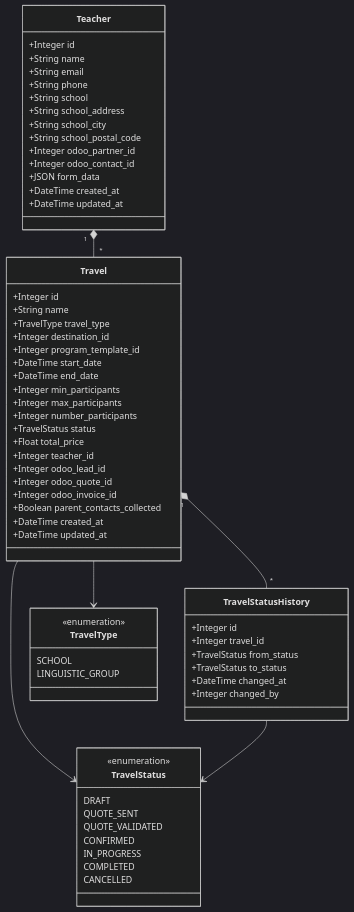
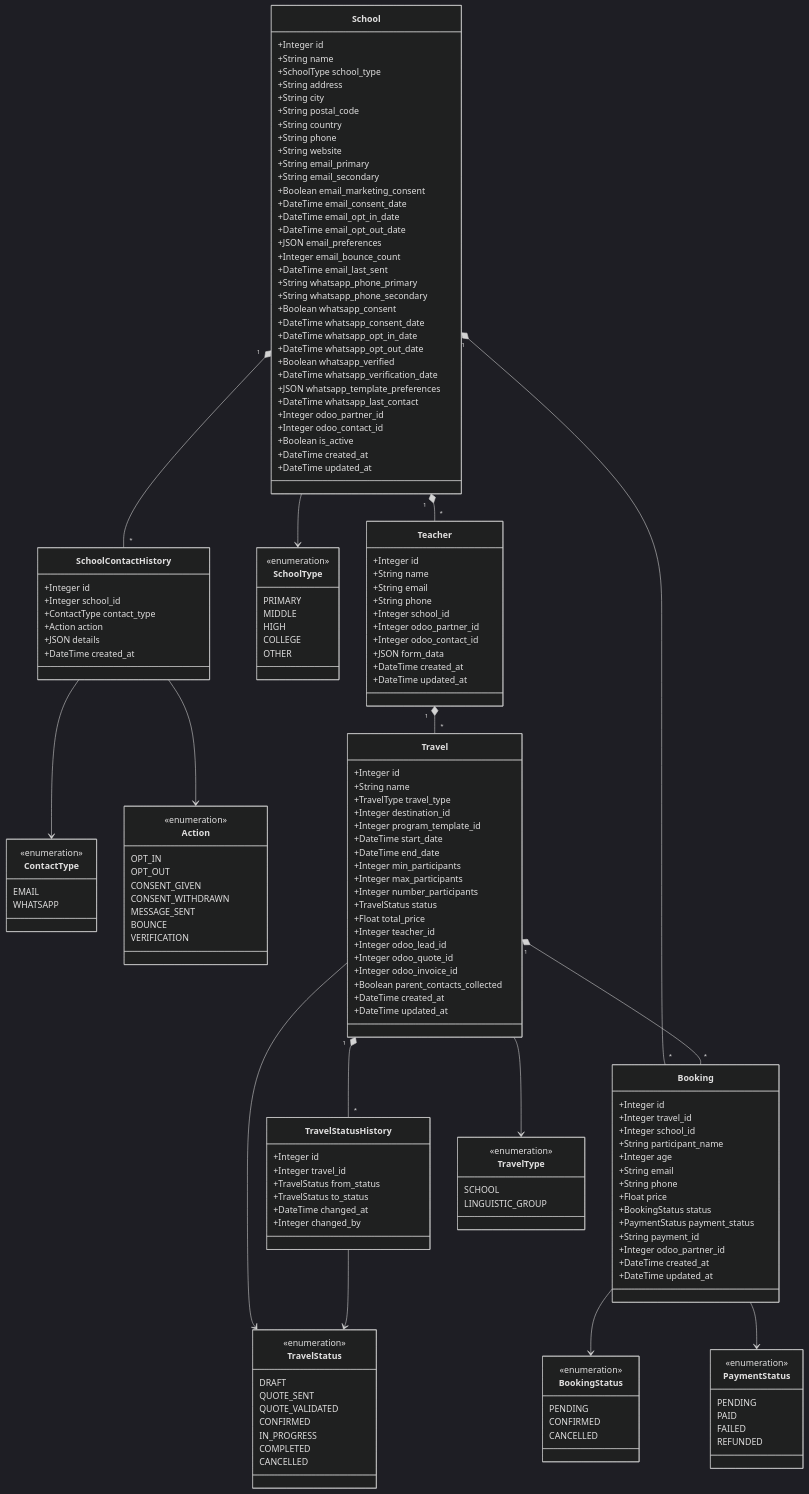
One commit to HrodMarRik/documentation-voyages changed the diagram in 02_diagrammes_uml/02_class_diagram_03_travels.md. Above: the diagram before and after it, drawn with Mermaid (dark theme). The commit also changed 4 other files, not shown here.

````diff
--- a/02_diagrammes_uml/02_class_diagram_03_travels.md
+++ b/02_diagrammes_uml/02_class_diagram_03_travels.md
@@ -3,14 +3,82 @@
 ```mermaid
 classDiagram
+    class School {
+        +Integer id
+        +String name
+        +SchoolType school_type
+        +String address
+        +String city
+        +String postal_code
+        +String country
+        +String phone
+        +String website
+        +String email_primary
+        +String email_secondary
+        +Boolean email_marketing_consent
+        +DateTime email_consent_date
+        +DateTime email_opt_in_date
+        +DateTime email_opt_out_date
+        +JSON email_preferences
+        +Integer email_bounce_count
+        +DateTime email_last_sent
+        +String whatsapp_phone_primary
+        +String whatsapp_phone_secondary
+        +Boolean whatsapp_consent
+        +DateTime whatsapp_consent_date
+        +DateTime whatsapp_opt_in_date
+        +DateTime whatsapp_opt_out_date
+        +Boolean whatsapp_verified
+        +DateTime whatsapp_verification_date
+        +JSON whatsapp_template_preferences
+        +DateTime whatsapp_last_contact
+        +Integer odoo_partner_id
+        +Integer odoo_contact_id
+        +Boolean is_active
+        +DateTime created_at
+        +DateTime updated_at
+    }
+    
+    class SchoolContactHistory {
+        +Integer id
+        +Integer school_id
+        +ContactType contact_type
+        +Action action
+        +JSON details
+        +DateTime created_at
+    }
+    
+    class SchoolType {
+        <<enumeration>>
+        PRIMARY
+        MIDDLE
+        HIGH
+        COLLEGE
+        OTHER
+    }
+    
+    class ContactType {
+        <<enumeration>>
+        EMAIL
+        WHATSAPP
+    }
+    
+    class Action {
+        <<enumeration>>
+        OPT_IN
+        OPT_OUT
+        CONSENT_GIVEN
+        CONSENT_WITHDRAWN
+        MESSAGE_SENT
+        BOUNCE
+        VERIFICATION
+    }
+    
     class Teacher {
         +Integer id
         +String name
         +String email
         +String phone
-        +String school
-        +String school_address
-        +String school_city
-        +String school_postal_code
+        +Integer school_id
         +Integer odoo_partner_id
         +Integer odoo_contact_id
         +JSON form_data
@@ -40,6 +108,38 @@
         +DateTime updated_at
     }
     
+    class Booking {
+        +Integer id
+        +Integer travel_id
+        +Integer school_id
+        +String participant_name
+        +Integer age
+        +String email
+        +String phone
+        +Float price
+        +BookingStatus status
+        +PaymentStatus payment_status
+        +String payment_id
+        +Integer odoo_partner_id
+        +DateTime created_at
+        +DateTime updated_at
+    }
+    
+    class BookingStatus {
+        <<enumeration>>
+        PENDING
+        CONFIRMED
+        CANCELLED
+    }
+    
+    class PaymentStatus {
+        <<enumeration>>
+        PENDING
+        PAID
+        FAILED
+        REFUNDED
+    }
+    
     class TravelStatusHistory {
         +Integer id
         +Integer travel_id
@@ -66,9 +166,18 @@
         CANCELLED
     }
     
+    School "1" *-- "*" Teacher
+    School "1" *-- "*" Booking
+    School "1" *-- "*" SchoolContactHistory
     Teacher "1" *-- "*" Travel
     Travel "1" *-- "*" TravelStatusHistory
+    Travel "1" *-- "*" Booking
+    School --> SchoolType
+    SchoolContactHistory --> ContactType
+    SchoolContactHistory --> Action
     Travel --> TravelType
     Travel --> TravelStatus
     TravelStatusHistory --> TravelStatus
+    Booking --> BookingStatus
+    Booking --> PaymentStatus
 ```
````
